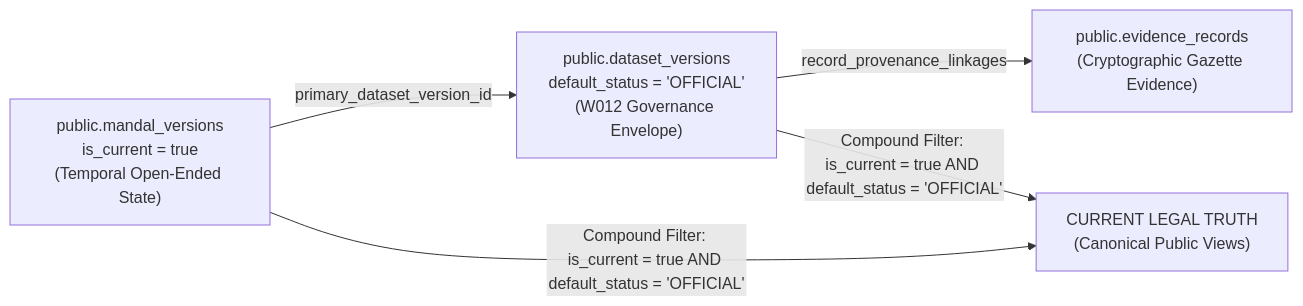
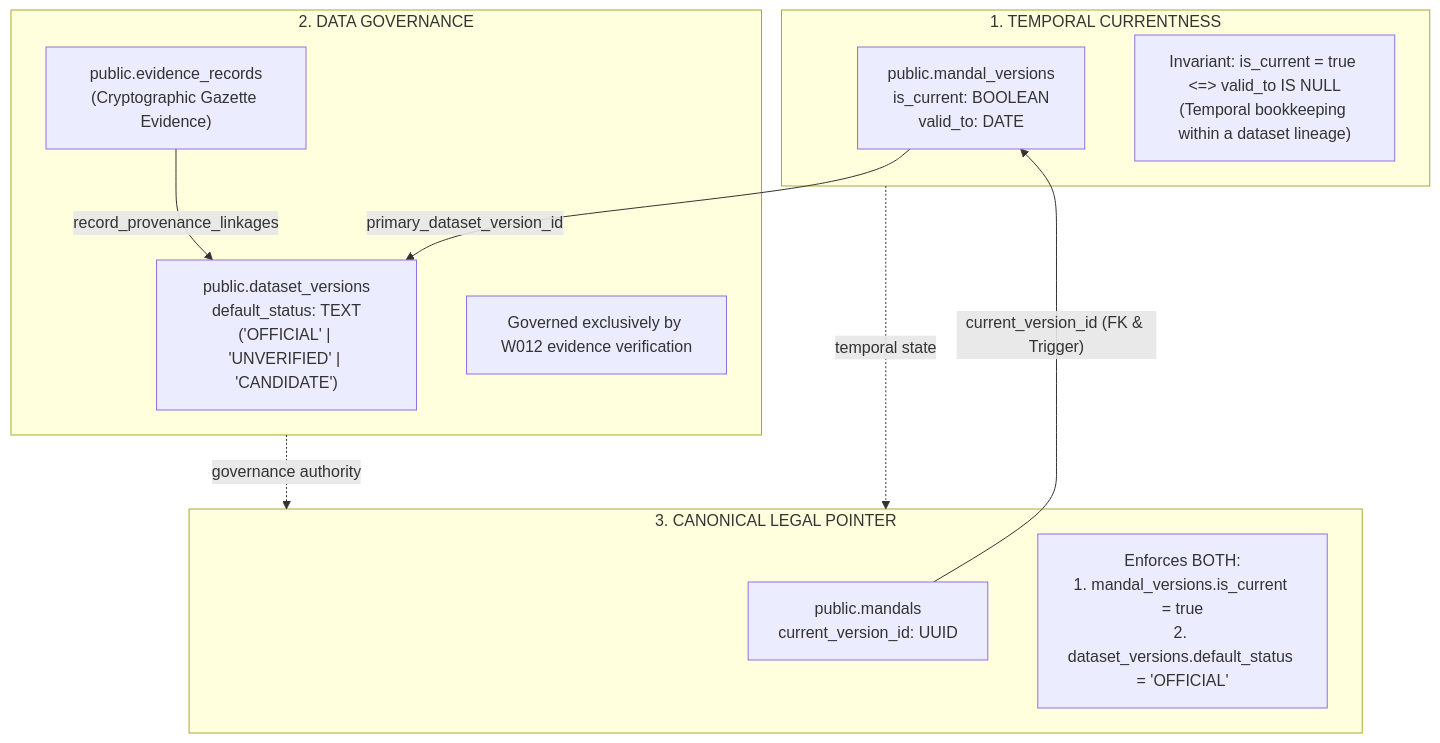
The diagram in docs/w014_mandal_temporal_version_preflight.md (kshetra-app/Kshetra), drawn with Mermaid before and after one commit. The commit also changed other lines of this file and 1 other file, not shown here.

Commit message:
docs: harden w014 mandal preflight with authority enforcement and security model

````diff
--- a/docs/w014_mandal_temporal_version_preflight.md
+++ b/docs/w014_mandal_temporal_version_preflight.md
@@ -359,11 +73,25 @@
 ```mermaid
-flowchart LR
-    MV["public.mandal_versions<br>is_current = true<br>(Temporal Open-Ended State)"]
-    DV["public.dataset_versions<br>default_status = 'OFFICIAL'<br>(W012 Governance Envelope)"]
-    EV["public.evidence_records<br>(Cryptographic Gazette Evidence)"]
+flowchart TD
+    subgraph Concept1 ["1. TEMPORAL CURRENTNESS"]
+        MV["public.mandal_versions<br>is_current: BOOLEAN<br>valid_to: DATE"]
+        MV_RULE["Invariant: is_current = true <=> valid_to IS NULL<br>(Temporal bookkeeping within a dataset lineage)"]
+    end
 
-    MV -- "primary_dataset_version_id" --> DV
-    DV -- "record_provenance_linkages" --> EV
+    subgraph Concept2 ["2. DATA GOVERNANCE"]
+        DV["public.dataset_versions<br>default_status: TEXT<br>('OFFICIAL' | 'UNVERIFIED' | 'CANDIDATE')"]
+        EV["public.evidence_records<br>(Cryptographic Gazette Evidence)"]
+        DV_RULE["Governed exclusively by W012 evidence verification"]
+    end
 
-    MV & DV -->|"Compound Filter: is_current = true AND default_status = 'OFFICIAL'"| LT["CURRENT LEGAL TRUTH<br>(Canonical Public Views)"]
+    subgraph Concept3 ["3. CANONICAL LEGAL POINTER"]
+        M["public.mandals<br>current_version_id: UUID"]
+        M_RULE["Enforces BOTH:<br>1. mandal_versions.is_current = true<br>2. dataset_versions.default_status = 'OFFICIAL'"]
+    end
+
+    Concept1 -.->|"temporal state"| Concept3
+    Concept2 -.->|"governance authority"| Concept3
+
+    EV -->|"record_provenance_linkages"| DV
+    MV -->|"primary_dataset_version_id"| DV
+    M -->|"current_version_id (FK & Trigger)"| MV
 ```
````
